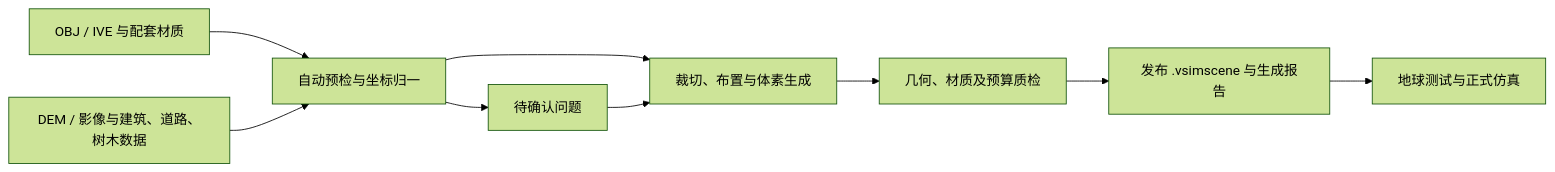
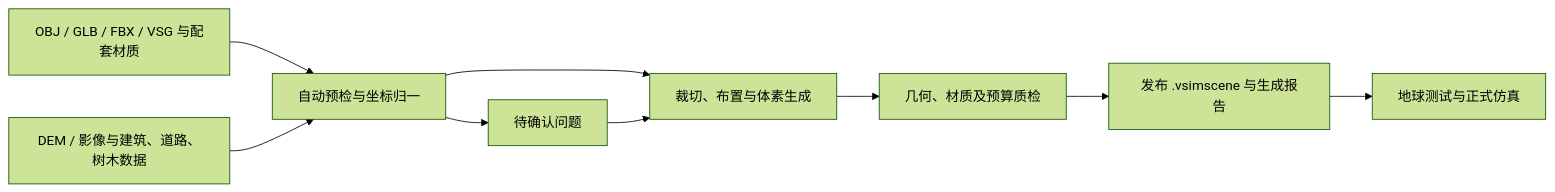
Before and after one commit to niunj/project: the diagram in vsgraysimulation/docs/voxel_asset_build_workflow.md, drawn with Mermaid (forest theme). The commit also changed other lines of this file and 19140 other files, not shown here.

````diff
--- a/vsgraysimulation/docs/voxel_asset_build_workflow.md
+++ b/vsgraysimulation/docs/voxel_asset_build_workflow.md
@@ -7,11 +7,11 @@
 ```mermaid
 flowchart LR
-    A[OBJ / IVE 与配套材质] --> C[自动预检与坐标归一]
+    A[OBJ / GLB / FBX / VSG 与配套材质] --> C[自动预检与坐标归一]
     B[DEM / 影像与建筑、道路、树木数据] --> C
     C --> D[裁切、布置与体素生成]
     C --> E[待确认问题]
     E --> D
     D --> F[几何、材质及预算质检]
     F --> G[发布 .vsimscene 与生成报告]
     G --> H[地球测试与正式仿真]
 ```
````
